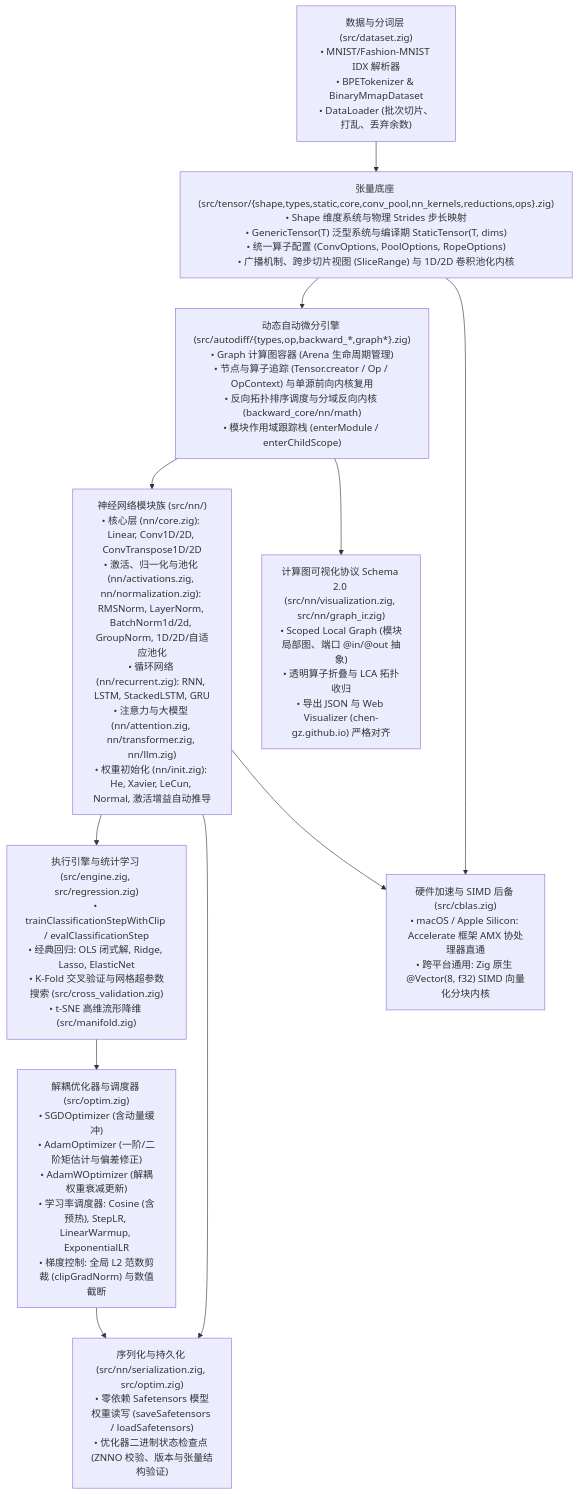
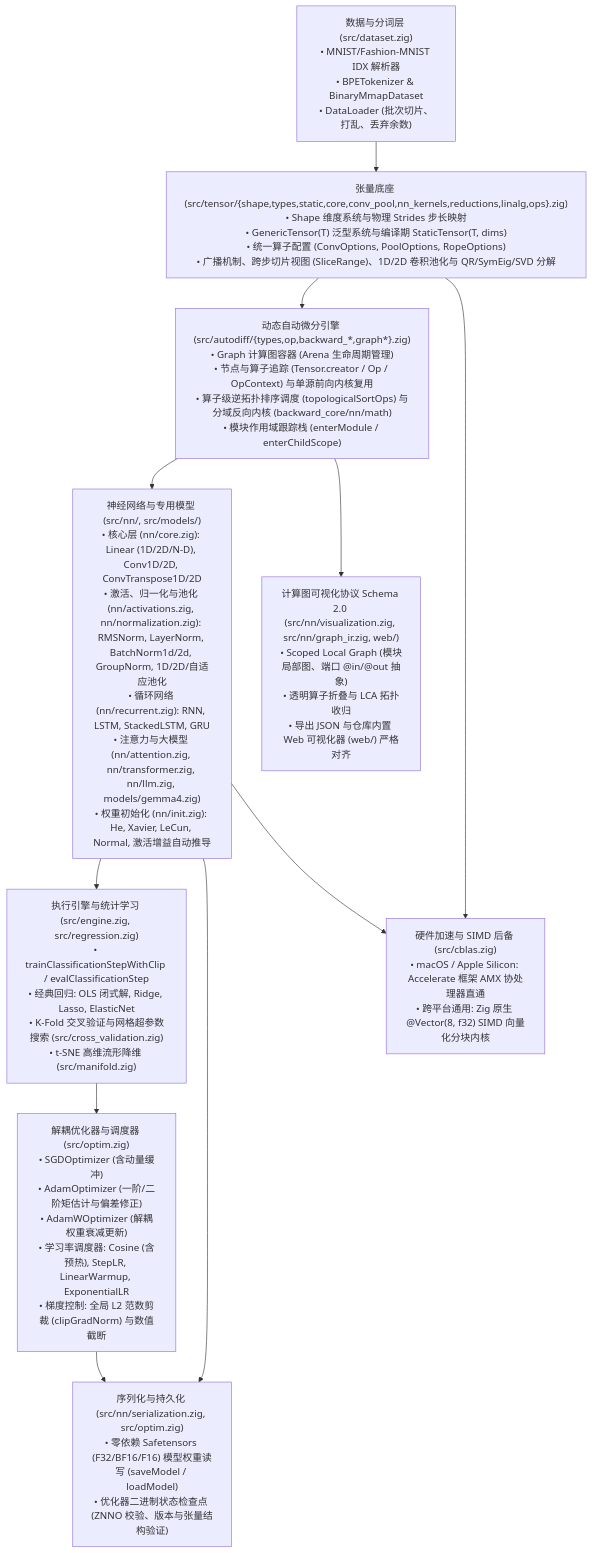
The first of 3 diagrams in doc/architecture.md (chen-gz/znn), drawn with Mermaid before and after one commit. The commit also changed other lines of this file and 13 other files, not shown here.

````diff
--- a/doc/architecture.md
+++ b/doc/architecture.md
@@ -67,31 +74,31 @@
 ```mermaid
 flowchart TD
     Dataset["数据与分词层 (src/dataset.zig)\n• MNIST/Fashion-MNIST IDX 解析器\n• BPETokenizer & BinaryMmapDataset\n• DataLoader (批次切片、打乱、丢弃余数)"]
     
-    TensorCore["张量底座 (src/tensor/{shape,types,static,core,conv_pool,nn_kernels,reductions,ops}.zig)\n• Shape 维度系统与物理 Strides 步长映射\n• GenericTensor(T) 泛型系统与编译期 StaticTensor(T, dims)\n• 统一算子配置 (ConvOptions, PoolOptions, RopeOptions)\n• 广播机制、跨步切片视图 (SliceRange) 与 1D/2D 卷积池化内核"]
+    TensorCore["张量底座 (src/tensor/{shape,types,static,core,conv_pool,nn_kernels,reductions,linalg,ops}.zig)\n• Shape 维度系统与物理 Strides 步长映射\n• GenericTensor(T) 泛型系统与编译期 StaticTensor(T, dims)\n• 统一算子配置 (ConvOptions, PoolOptions, RopeOptions)\n• 广播机制、跨步切片视图 (SliceRange)、1D/2D 卷积池化与 QR/SymEig/SVD 分解"]
     
-    Autodiff["动态自动微分引擎 (src/autodiff/{types,op,backward_*,graph*}.zig)\n• Graph 计算图容器 (Arena 生命周期管理)\n• 节点与算子追踪 (Tensor.creator / Op / OpContext) 与单源前向内核复用\n• 反向拓扑排序调度与分域反向内核 (backward_core/nn/math)\n• 模块作用域跟踪栈 (enterModule / enterChildScope)"]
+    Autodiff["动态自动微分引擎 (src/autodiff/{types,op,backward_*,graph*}.zig)\n• Graph 计算图容器 (Arena 生命周期管理)\n• 节点与算子追踪 (Tensor.creator / Op / OpContext) 与单源前向内核复用\n• 算子级逆拓扑排序调度 (topologicalSortOps) 与分域反向内核 (backward_core/nn/math)\n• 模块作用域跟踪栈 (enterModule / enterChildScope)"]
     
-    NNModules["神经网络模块族 (src/nn/)\n• 核心层 (nn/core.zig): Linear, Conv1D/2D, ConvTranspose1D/2D\n• 激活、归一化与池化 (nn/activations.zig, nn/normalization.zig): RMSNorm, LayerNorm, BatchNorm1d/2d, GroupNorm, 1D/2D/自适应池化\n• 循环网络 (nn/recurrent.zig): RNN, LSTM, StackedLSTM, GRU\n• 注意力与大模型 (nn/attention.zig, nn/transformer.zig, nn/llm.zig)\n• 权重初始化 (nn/init.zig): He, Xavier, LeCun, Normal, 激活增益自动推导"]
+    NNModules["神经网络与专用模型 (src/nn/, src/models/)\n• 核心层 (nn/core.zig): Linear (1D/2D/N-D), Conv1D/2D, ConvTranspose1D/2D\n• 激活、归一化与池化 (nn/activations.zig, nn/normalization.zig): RMSNorm, LayerNorm, BatchNorm1d/2d, GroupNorm, 1D/2D/自适应池化\n• 循环网络 (nn/recurrent.zig): RNN, LSTM, StackedLSTM, GRU\n• 注意力与大模型 (nn/attention.zig, nn/transformer.zig, nn/llm.zig, models/gemma4.zig)\n• 权重初始化 (nn/init.zig): He, Xavier, LeCun, Normal, 激活增益自动推导"]
     
     Engine["执行引擎与统计学习 (src/engine.zig, src/regression.zig)\n• trainClassificationStepWithClip / evalClassificationStep\n• 经典回归: OLS 闭式解, Ridge, Lasso, ElasticNet\n• K-Fold 交叉验证与网格超参数搜索 (src/cross_validation.zig)\n• t-SNE 高维流形降维 (src/manifold.zig)"]
     
     Optimizers["解耦优化器与调度器 (src/optim.zig)\n• SGDOptimizer (含动量缓冲)\n• AdamOptimizer (一阶/二阶矩估计与偏差修正)\n• AdamWOptimizer (解耦权重衰减更新)\n• 学习率调度器: Cosine (含预热), StepLR, LinearWarmup, ExponentialLR\n• 梯度控制: 全局 L2 范数剪裁 (clipGradNorm) 与数值截断"]
     
-    Persistence["序列化与持久化 (src/nn/serialization.zig, src/optim.zig)\n• 零依赖 Safetensors 模型权重读写 (saveSafetensors / loadSafetensors)\n• 优化器二进制状态检查点 (ZNNO 校验、版本与张量结构验证)"]
+    Persistence["序列化与持久化 (src/nn/serialization.zig, src/optim.zig)\n• 零依赖 Safetensors (F32/BF16/F16) 模型权重读写 (saveModel / loadModel)\n• 优化器二进制状态检查点 (ZNNO 校验、版本与张量结构验证)"]
     
-    Visualization["计算图可视化协议 Schema 2.0 (src/nn/visualization.zig, src/nn/graph_ir.zig)\n• Scoped Local Graph (模块局部图、端口 @in/@out 抽象)\n• 透明算子折叠与 LCA 拓扑收归\n• 导出 JSON 与 Web Visualizer (chen-gz.github.io) 严格对齐"]
+    Visualization["计算图可视化协议 Schema 2.0 (src/nn/visualization.zig, src/nn/graph_ir.zig, web/)\n• Scoped Local Graph (模块局部图、端口 @in/@out 抽象)\n• 透明算子折叠与 LCA 拓扑收归\n• 导出 JSON 与仓库内置 Web 可视化器 (web/) 严格对齐"]
     
     Hardware["硬件加速与 SIMD 后备 (src/cblas.zig)\n• macOS / Apple Silicon: Accelerate 框架 AMX 协处理器直通\n• 跨平台通用: Zig 原生 @Vector(8, f32) SIMD 向量化分块内核"]
 
     Dataset --> TensorCore
     TensorCore --> Autodiff
     Autodiff --> NNModules
     NNModules --> Engine
     Engine --> Optimizers
     NNModules --> Persistence
     Optimizers --> Persistence
     Autodiff --> Visualization
     TensorCore --> Hardware
     NNModules --> Hardware
 ```
````
